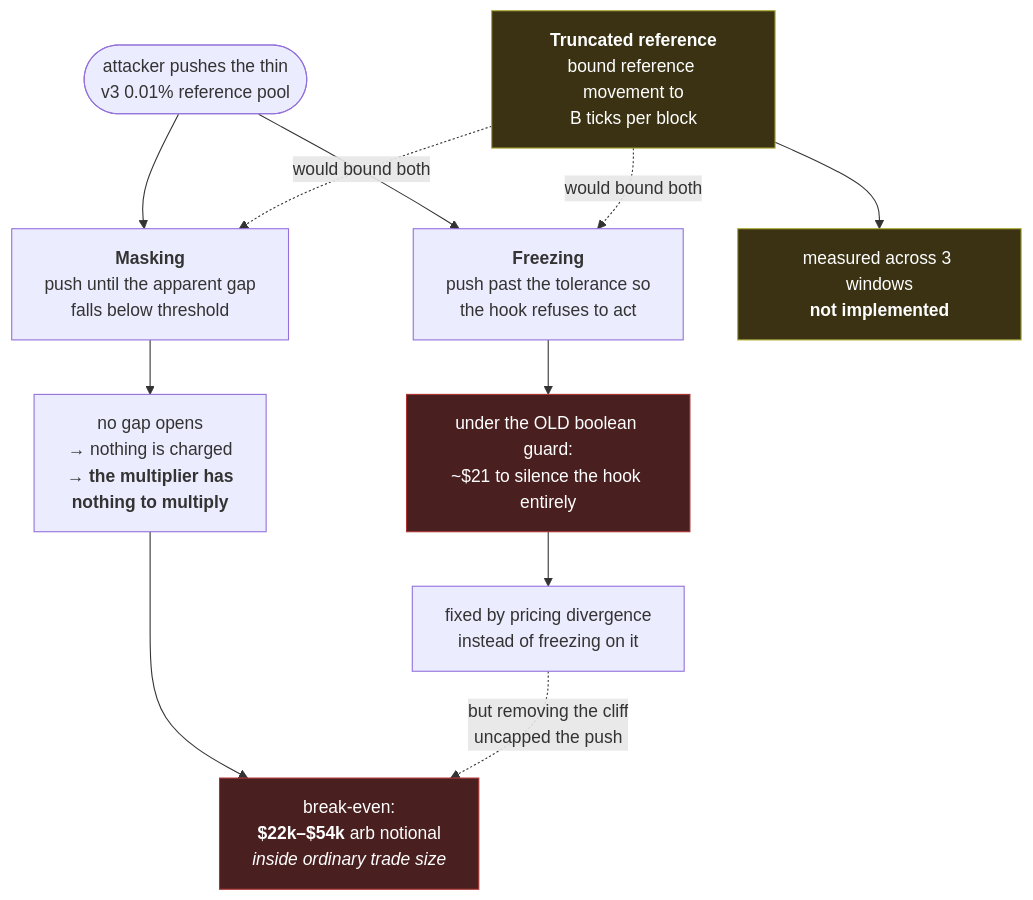
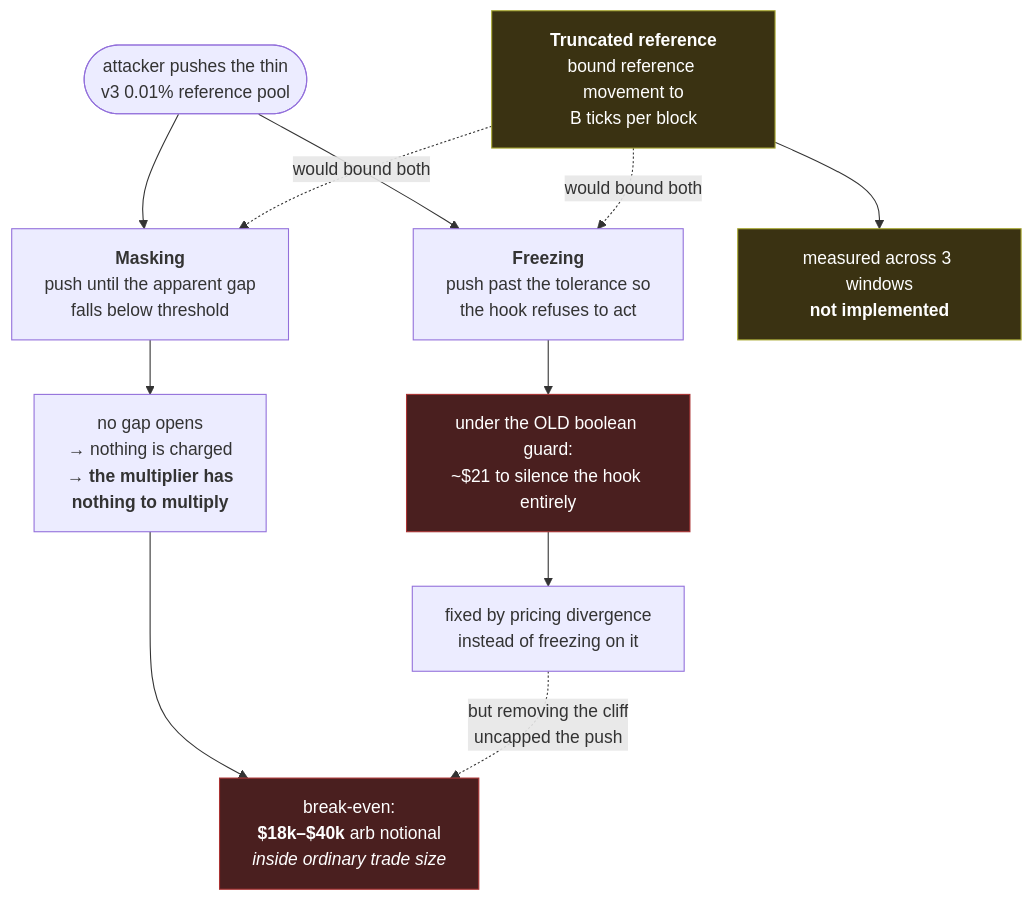
One commit to mansi0xc/backdraft changed the ninth of 9 diagrams in ARCHITECTURE.md. Above: the diagram before and after it, drawn with Mermaid. The commit also changed other lines of this file and 5 other files, not shown here.

````diff
--- a/ARCHITECTURE.md
+++ b/ARCHITECTURE.md
@@ -298,24 +303,24 @@
 ```mermaid
 flowchart TD
     ATT(["attacker pushes the thin<br/>v3 0.01% reference pool"])
 
     ATT --> M["<b>Masking</b><br/>push until the apparent gap<br/>falls below threshold"]
     ATT --> F["<b>Freezing</b><br/>push past the tolerance so<br/>the hook refuses to act"]
 
     M --> M2["no gap opens<br/>→ nothing is charged<br/>→ <b>the multiplier has<br/>nothing to multiply</b>"]
-    M2 --> M3["break-even:<br/><b>$22k–$54k</b> arb notional<br/><i>inside ordinary trade size</i>"]
+    M2 --> M3["break-even:<br/><b>$18k–$40k</b> arb notional<br/><i>inside ordinary trade size</i>"]
 
     F --> F2["under the OLD boolean guard:<br/>~$21 to silence the hook entirely"]
     F2 --> F3["fixed by pricing divergence<br/>instead of freezing on it"]
 
     F3 -.->|"but removing the cliff<br/>uncapped the push"| M3
 
     T["<b>Truncated reference</b><br/>bound reference movement to<br/>B ticks per block"] -.->|"would bound both"| M
     T -.->|"would bound both"| F
     T --> TN["measured across 3 windows<br/><b>not implemented</b>"]
 
     classDef bad fill:#4a1f1f,stroke:#a33,color:#fff
     classDef todo fill:#3a3212,stroke:#aa3,color:#fff
     class M3,F2 bad
     class T,TN todo
 ```
````
